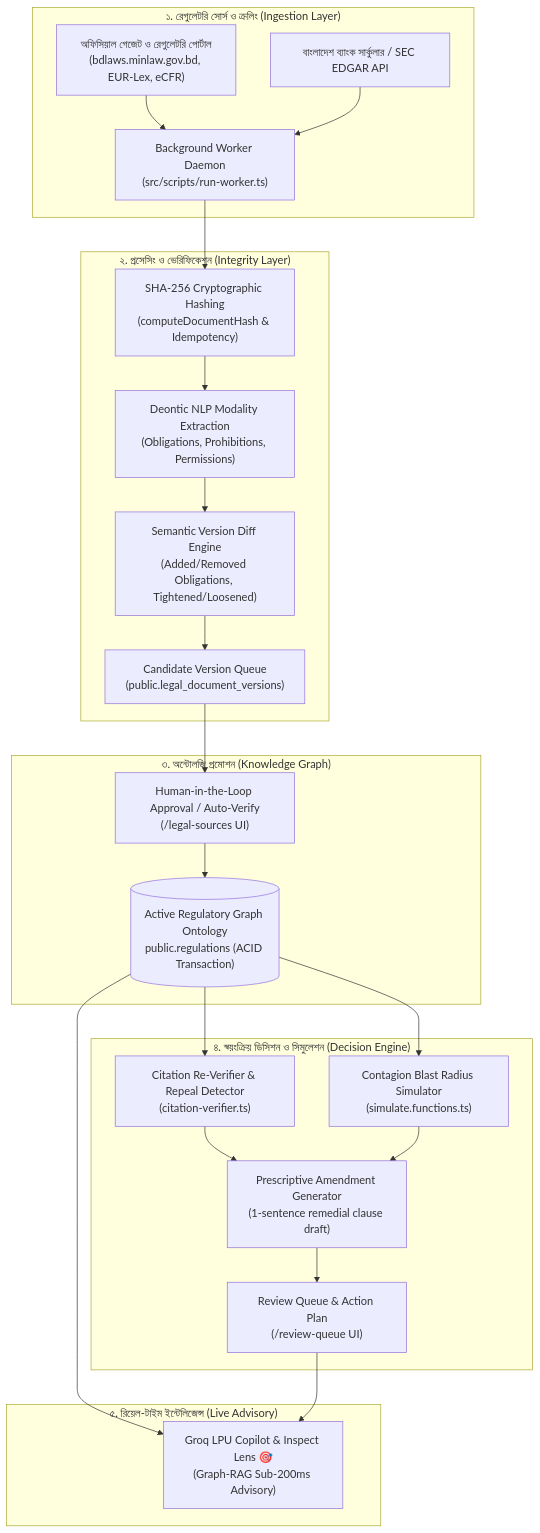
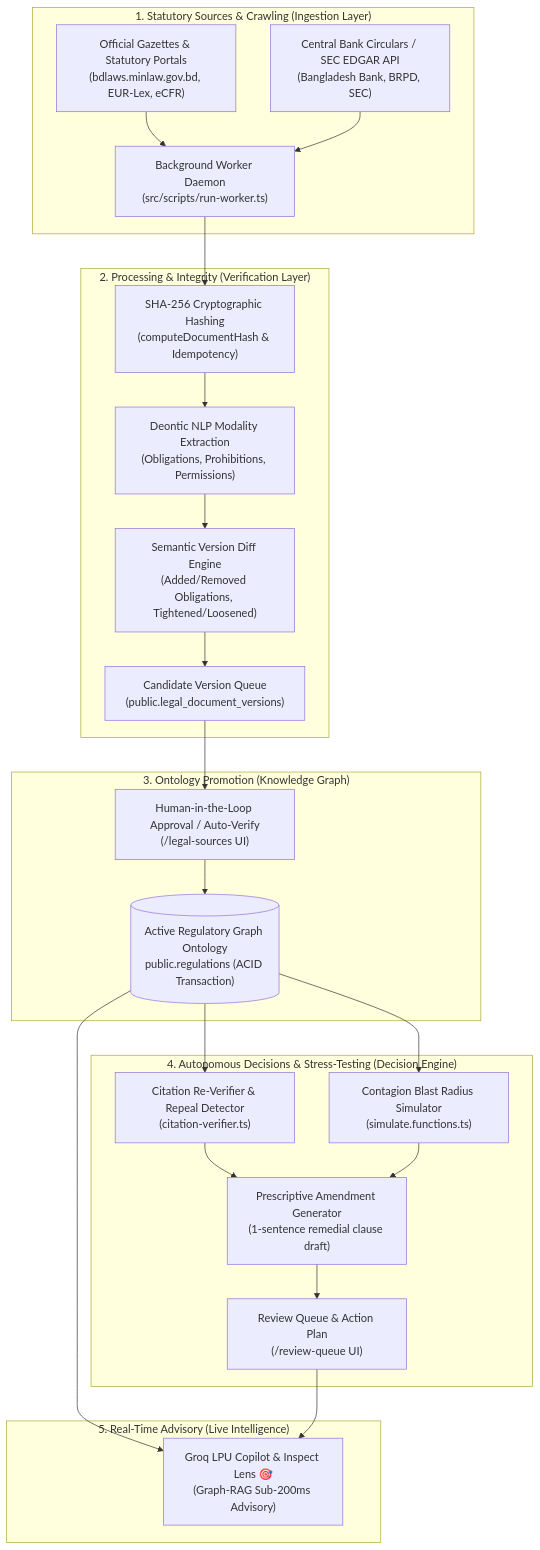
The diagram in doc/AUTONOMOUS_STATUTORY_UPDATE_AND_DECISION_ENGINE.md (Tony1254-CS/clause-graph), drawn with Mermaid before and after one commit. The commit also changed other lines of this file and 5 other files, not shown here.

````diff
--- a/doc/AUTONOMOUS_STATUTORY_UPDATE_AND_DECISION_ENGINE.md
+++ b/doc/AUTONOMOUS_STATUTORY_UPDATE_AND_DECISION_ENGINE.md
@@ -9,46 +9,46 @@
 ```mermaid
 flowchart TD
-    subgraph S1 ["১. রেগুলেটরি সোর্স ও ক্রলিং (Ingestion Layer)"]
-        A1["অফিসিয়াল গেজেট ও রেগুলেটরি পোর্টাল<br/>(bdlaws.minlaw.gov.bd, EUR-Lex, eCFR)"]
-        A2["বাংলাদেশ ব্যাংক সার্কুলার / SEC EDGAR API"]
+    subgraph S1 ["1. Statutory Sources & Crawling (Ingestion Layer)"]
+        A1["Official Gazettes & Statutory Portals<br/>(bdlaws.minlaw.gov.bd, EUR-Lex, eCFR)"]
+        A2["Central Bank Circulars / SEC EDGAR API<br/>(Bangladesh Bank, BRPD, SEC)"]
         B["Background Worker Daemon<br/>(src/scripts/run-worker.ts)"]
         A1 --> B
         A2 --> B
     end
 
-    subgraph S2 ["২. প্রসেসিং ও ভেরিফিকেশন (Integrity Layer)"]
+    subgraph S2 ["2. Processing & Integrity (Verification Layer)"]
         C["SHA-256 Cryptographic Hashing<br/>(computeDocumentHash & Idempotency)"]
         D["Deontic NLP Modality Extraction<br/>(Obligations, Prohibitions, Permissions)"]
         E["Semantic Version Diff Engine<br/>(Added/Removed Obligations, Tightened/Loosened)"]
         F["Candidate Version Queue<br/>(public.legal_document_versions)"]
         B --> C
         C --> D
         D --> E
         E --> F
     end
 
-    subgraph S3 ["৩. অন্টোলজি প্রমোশন (Knowledge Graph)"]
+    subgraph S3 ["3. Ontology Promotion (Knowledge Graph)"]
         G["Human-in-the-Loop Approval / Auto-Verify<br/>(/legal-sources UI)"]
         H[("Active Regulatory Graph Ontology<br/>public.regulations (ACID Transaction)")]
         F --> G
         G --> H
     end
 
-    subgraph S4 ["৪. স্বয়ংক্রিয় ডিসিশন ও সিমুলেশন (Decision Engine)"]
+    subgraph S4 ["4. Autonomous Decisions & Stress-Testing (Decision Engine)"]
         I["Citation Re-Verifier & Repeal Detector<br/>(citation-verifier.ts)"]
         J["Contagion Blast Radius Simulator<br/>(simulate.functions.ts)"]
         K["Prescriptive Amendment Generator<br/>(1-sentence remedial clause draft)"]
         L["Review Queue & Action Plan<br/>(/review-queue UI)"]
         H --> I
         H --> J
         I --> K
         J --> K
         K --> L
     end
 
-    subgraph S5 ["৫. রিয়েল-টাইম ইন্টেলিজেন্স (Live Advisory)"]
+    subgraph S5 ["5. Real-Time Advisory (Live Intelligence)"]
         M["Groq LPU Copilot & Inspect Lens 🎯<br/>(Graph-RAG Sub-200ms Advisory)"]
         H --> M
         L --> M
     end
 ```
````
